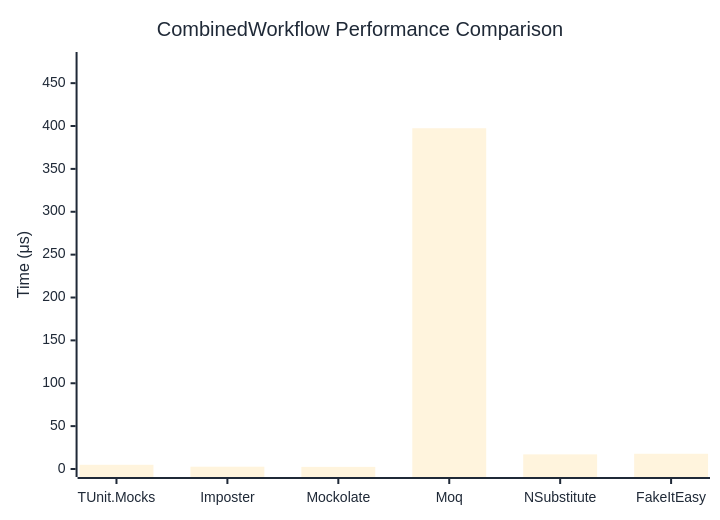
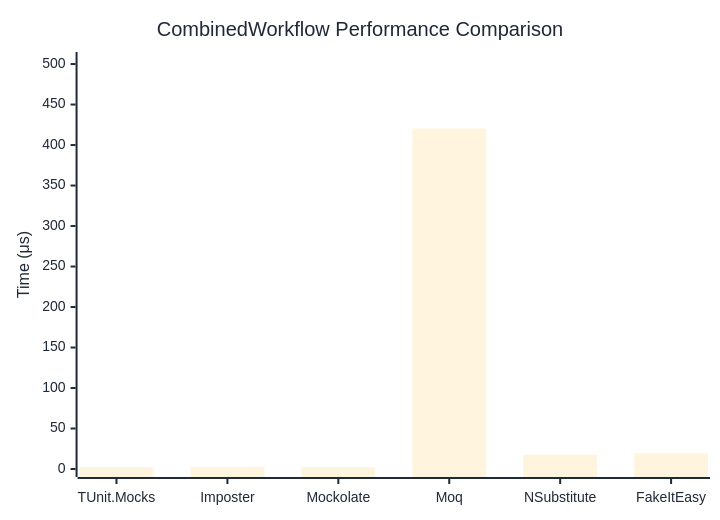
Before and after one commit to thomhurst/TUnit: the diagram in docs/docs/benchmarks/mocks/CombinedWorkflow.md, drawn with Mermaid. The commit also changed other lines of this file and 14 other files, not shown here.

````diff
--- a/docs/docs/benchmarks/mocks/CombinedWorkflow.md
+++ b/docs/docs/benchmarks/mocks/CombinedWorkflow.md
@@ -28,27 +28,27 @@
 ```mermaid
 %%{init: {
   'theme':'base',
   'themeVariables': {
     'primaryColor': '#2563eb',
     'primaryTextColor': '#1f2937',
     'primaryBorderColor': '#1e40af',
     'lineColor': '#6b7280',
     'secondaryColor': '#7c3aed',
     'tertiaryColor': '#dc2626',
     'background': '#ffffff',
     'pie1': '#2563eb',
     'pie2': '#7c3aed',
     'pie3': '#dc2626',
     'pie4': '#f59e0b',
     'pie5': '#10b981',
     'pie6': '#06b6d4',
     'pie7': '#ec4899',
     'pie8': '#6366f1'
   }
 }}%%
 xychart-beta
   title "CombinedWorkflow Performance Comparison"
   x-axis ["TUnit.Mocks", "Imposter", "Mockolate", "Moq", "NSubstitute", "FakeItEasy"]
-  y-axis "Time (μs)" 0 --> 477
-  bar [4.925, 2.671, 2.466, 397.412, 17.055, 17.772]
+  y-axis "Time (μs)" 0 --> 505
+  bar [2.443, 2.738, 2.519, 420.431, 17.758, 19.194]
 ```
````
